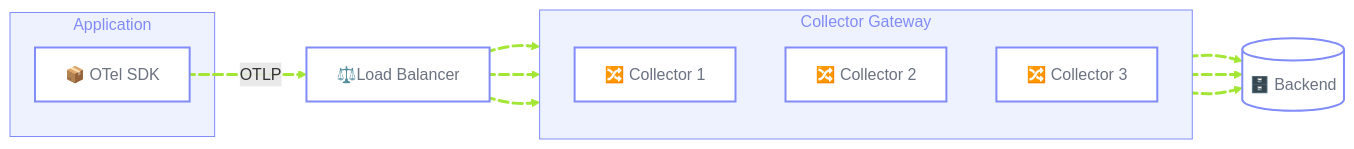
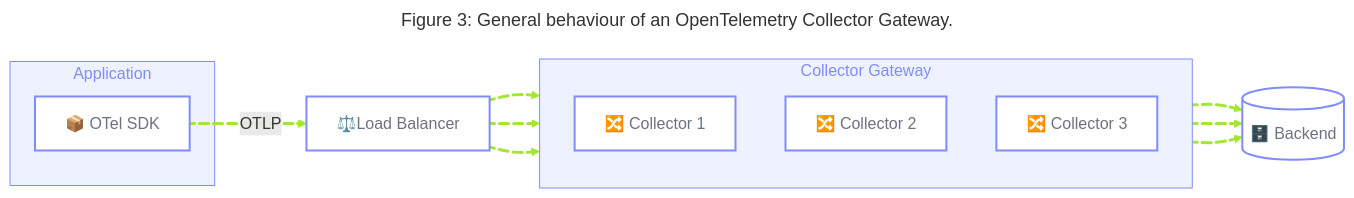
One commit to open-telemetry/opentelemetry.io changed the third of 4 diagrams in content/en/docs/guidance/blueprints/centralized-platforms.md. Above: the diagram before and after it, drawn with Mermaid. The commit also changed other lines of this file, not shown here.

Commit message:
Add titles to diagrams

````diff
--- a/content/en/docs/guidance/blueprints/centralized-platforms.md
+++ b/content/en/docs/guidance/blueprints/centralized-platforms.md
@@ -436,45 +438,46 @@
 ```mermaid
 ---
+title: "Figure 3: General behaviour of an OpenTelemetry Collector Gateway."
 config:
   flowchart:
     curve: basis
 ---
 flowchart LR
     subgraph App["Application"]
         SDK["📦 OTel SDK"]:::node
     end
 
     LB["⚖️Load Balancer"]:::node
 
     subgraph OTelCol["Collector Gateway"]
         direction TB
         C1["🔀 Collector 1"]:::node
         C2["🔀 Collector 2"]:::node
         C3["🔀 Collector 3"]:::node
     end
 
     Backend[("🗄️ Backend")]:::node
 
     SDK L_SDK_LB@-- "OTLP" --> LB
 
     LB L_LB_C1@--> C1
     LB L_LB_C2@--> C2
     LB L_LB_C3@--> C3
 
     C1 L_C1_Backend@--> Backend
     C2 L_C2_Backend@--> Backend
     C3 L_C3_Backend@--> Backend
 
     classDef node fill:#ffffff, stroke:#818cf8, stroke-width:2px, color:#6b7280
     style App fill:#eef2ff, stroke:#818cf8, stroke-width:1px, color:#818cf8
     style OTelCol fill:#eef2ff, stroke:#818cf8, stroke-width:1px, color:#818cf8
     linkStyle 0,1,2,3,4,5,6 stroke:#a3e635, fill:none, stroke-width:3px
 
     L_SDK_LB@{ animation: fast }
     L_LB_C1@{ animation: fast }
     L_LB_C2@{ animation: fast }
     L_LB_C3@{ animation: fast }
     L_C1_Backend@{ animation: fast }
     L_C2_Backend@{ animation: fast }
     L_C3_Backend@{ animation: fast }
 ```
````
